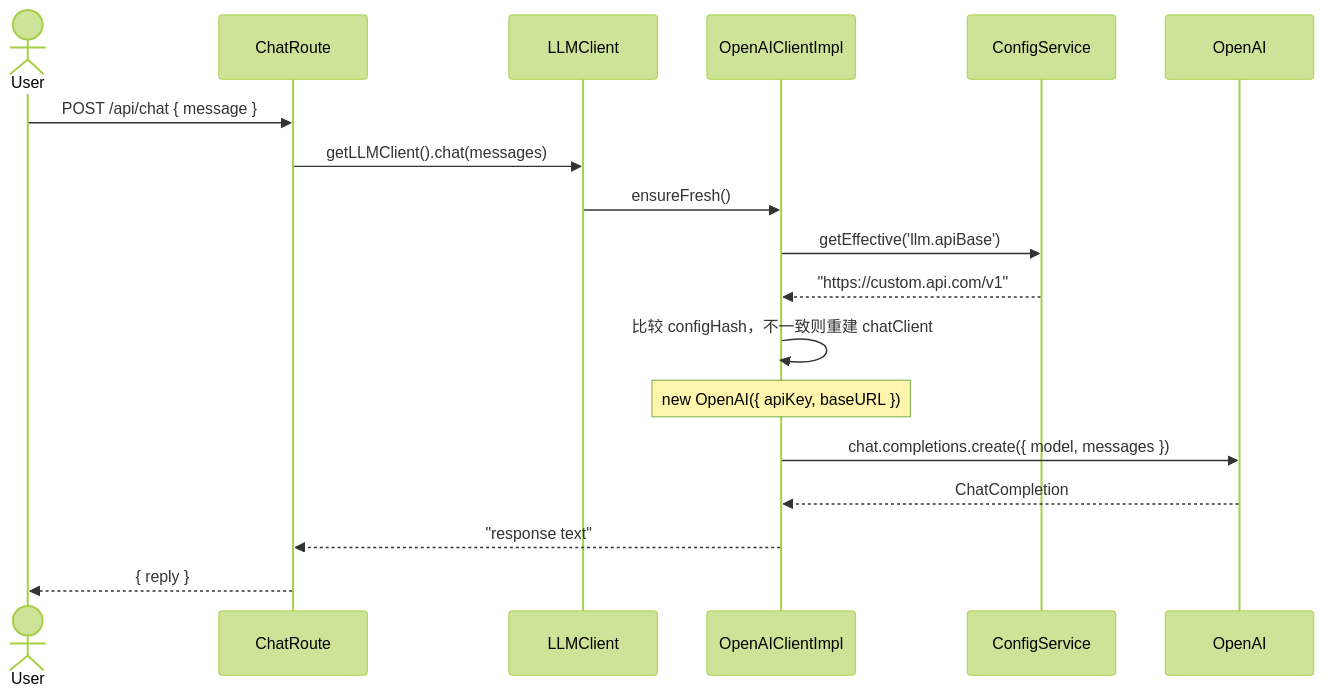
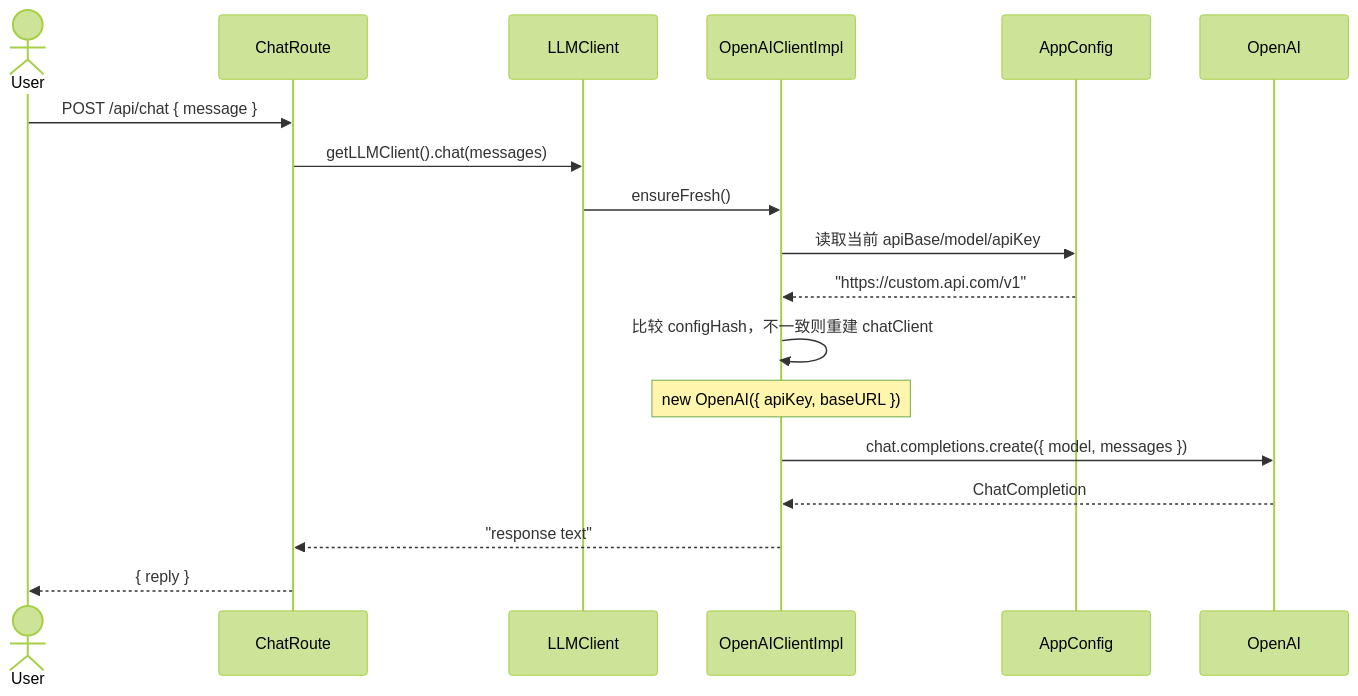
The fourth of 5 diagrams in docs/system_design.md (Rcloudso/smart-customer-service-ai), drawn with Mermaid (forest theme) before and after one commit. The commit also changed other lines of this file and 92 other files, not shown here.

````diff
--- a/docs/system_design.md
+++ b/docs/system_design.md
@@ -226,15 +235,15 @@
 ```mermaid
 sequenceDiagram
     actor User
     User->>ChatRoute: POST /api/chat { message }
     ChatRoute->>LLMClient: getLLMClient().chat(messages)
     LLMClient->>OpenAIClientImpl: ensureFresh()
-    OpenAIClientImpl->>ConfigService: getEffective('llm.apiBase')
-    ConfigService-->>OpenAIClientImpl: "https://custom.api.com/v1"
+    OpenAIClientImpl->>AppConfig: 读取当前 apiBase/model/apiKey
+    AppConfig-->>OpenAIClientImpl: "https://custom.api.com/v1"
     OpenAIClientImpl->>OpenAIClientImpl: 比较 configHash，不一致则重建 chatClient
     Note over OpenAIClientImpl: new OpenAI({ apiKey, baseURL })
     OpenAIClientImpl->>OpenAI: chat.completions.create({ model, messages })
     OpenAI-->>OpenAIClientImpl: ChatCompletion
     OpenAIClientImpl-->>ChatRoute: "response text"
     ChatRoute-->>User: { reply }
 ```
````
